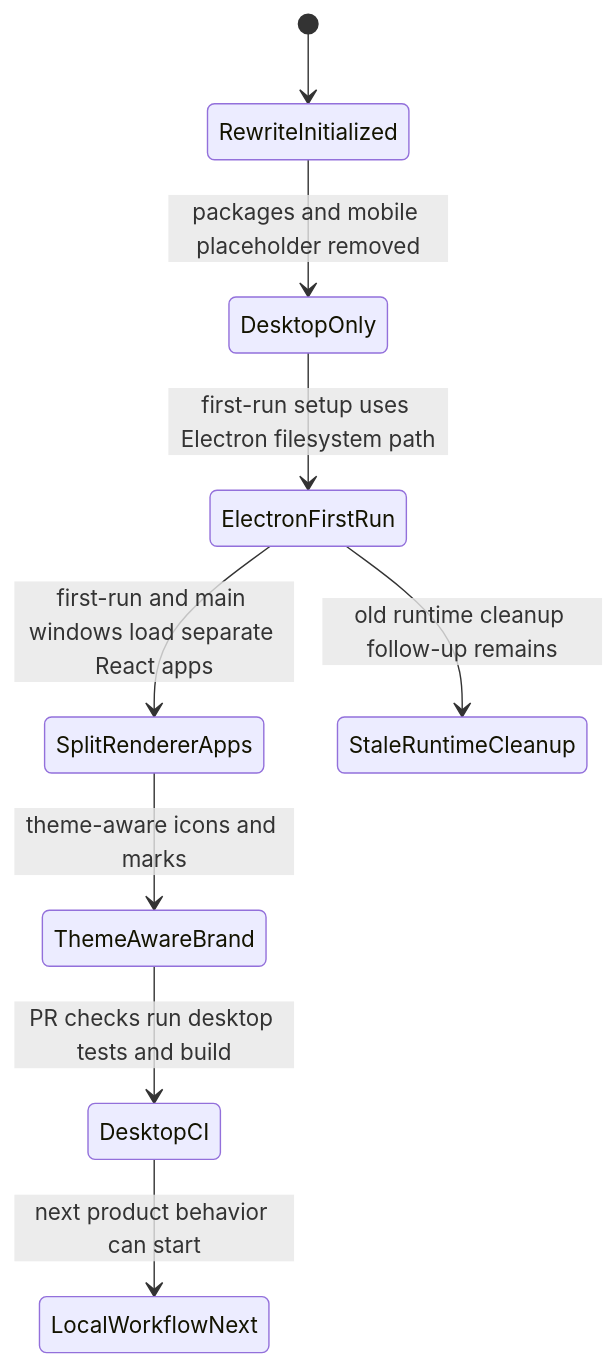
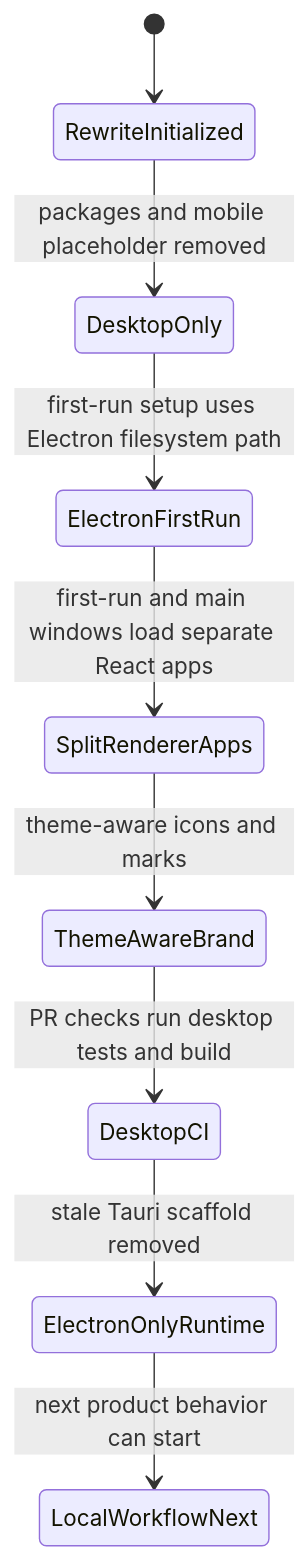
The diagram in docs/.state.md (deweyou/weave), drawn with Mermaid before and after one commit. The commit also changed other lines of this file and 20 other files, not shown here.

Commit message:
chore: remove stale tauri scaffold

````diff
--- a/docs/.state.md
+++ b/docs/.state.md
@@ -3,11 +3,11 @@
 ```mermaid
 stateDiagram-v2
     [*] --> RewriteInitialized
     RewriteInitialized --> DesktopOnly: packages and mobile placeholder removed
     DesktopOnly --> ElectronFirstRun: first-run setup uses Electron filesystem path
     ElectronFirstRun --> SplitRendererApps: first-run and main windows load separate React apps
     SplitRendererApps --> ThemeAwareBrand: theme-aware icons and marks
     ThemeAwareBrand --> DesktopCI: PR checks run desktop tests and build
-    DesktopCI --> LocalWorkflowNext: next product behavior can start
-    ElectronFirstRun --> StaleRuntimeCleanup: old runtime cleanup follow-up remains
+    DesktopCI --> ElectronOnlyRuntime: stale Tauri scaffold removed
+    ElectronOnlyRuntime --> LocalWorkflowNext: next product behavior can start
 ```
````
